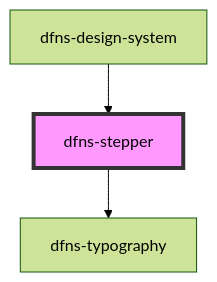
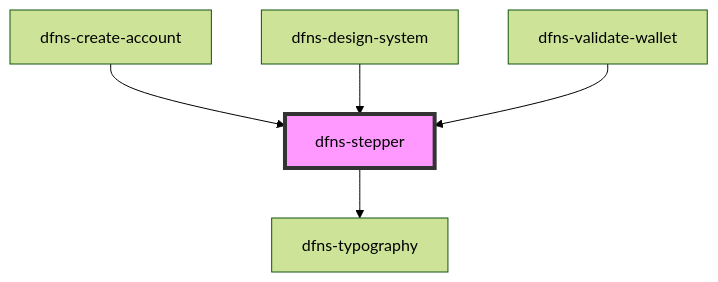
One commit to dfnsext/web-ui changed the diagram in src/components/dfns-stepper/readme.md. Above: the diagram before and after it, drawn with Mermaid (forest theme). The commit also changed other lines of this file and 23 other files, not shown here.

````diff
--- a/src/components/dfns-stepper/readme.md
+++ b/src/components/dfns-stepper/readme.md
@@ -30,6 +32,8 @@
 ```mermaid
 graph TD;
   dfns-stepper --> dfns-typography
+  dfns-create-account --> dfns-stepper
   dfns-design-system --> dfns-stepper
+  dfns-validate-wallet --> dfns-stepper
   style dfns-stepper fill:#f9f,stroke:#333,stroke-width:4px
 ```
````
